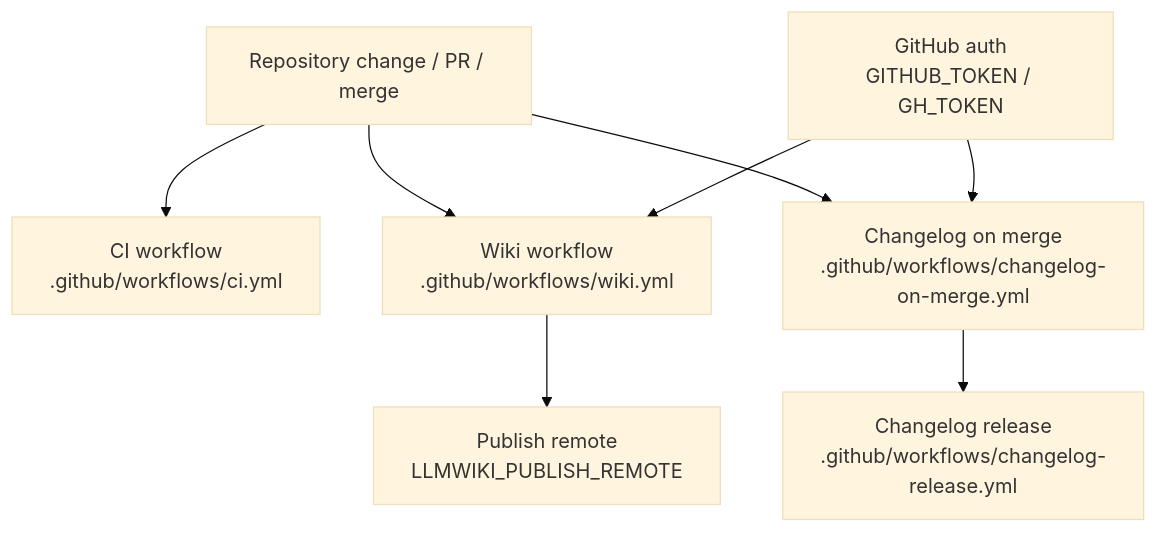
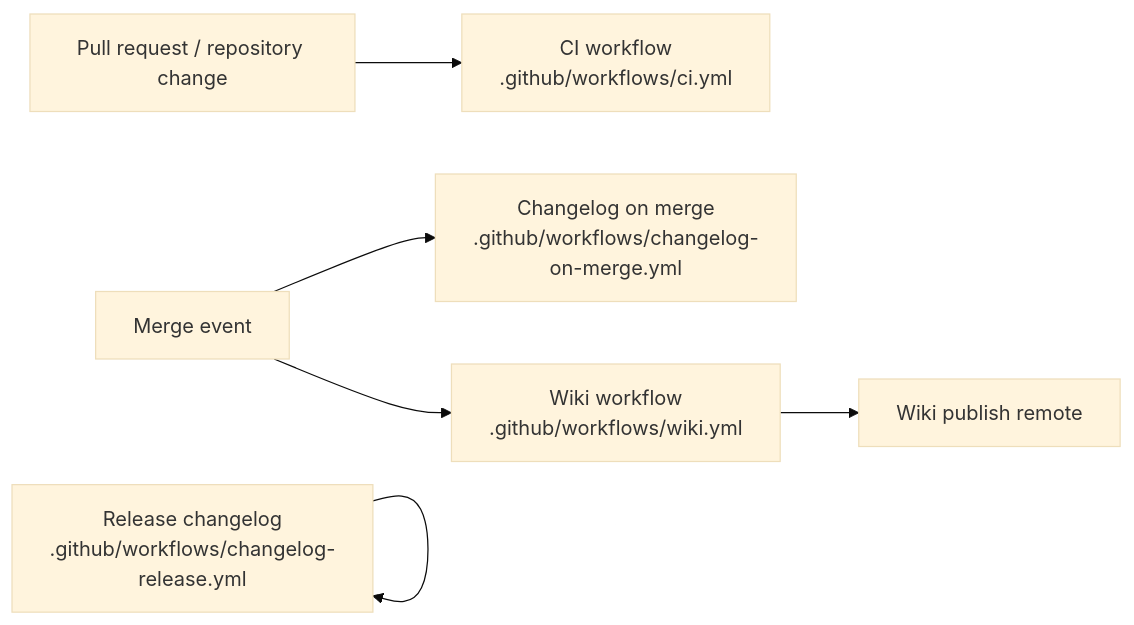
The fourth of 4 diagrams in Architecture.md (mfittko/repo-wiki), drawn with Mermaid (base theme) before and after one commit. The commit also changed other lines of this file and 45 other files, not shown here.

Commit message:
Compile repository wiki 2026-05-16T13:01:11.552Z

````diff
--- a/Architecture.md
+++ b/Architecture.md
@@ -272,18 +176,16 @@
 ```mermaid
-flowchart TD
-  Change["Repository change / PR / merge"]
-  CI["CI workflow<br/>.github/workflows/ci.yml"]
-  Wiki["Wiki workflow<br/>.github/workflows/wiki.yml"]
-  ChangelogMerge["Changelog on merge<br/>.github/workflows/changelog-on-merge.yml"]
-  ChangelogRelease["Changelog release<br/>.github/workflows/changelog-release.yml"]
-  WikiRemote["Publish remote<br/>LLMWIKI_PUBLISH_REMOTE"]
-  GitHubAuth["GitHub auth<br/>GITHUB_TOKEN / GH_TOKEN"]
+flowchart LR
+  PR["Pull request / repository change"]
+  CI["CI workflow\n.github/workflows/ci.yml"]
+  Merge["Merge event"]
+  Changelog["Changelog on merge\n.github/workflows/changelog-on-merge.yml"]
+  Release["Release changelog\n.github/workflows/changelog-release.yml"]
+  Wiki["Wiki workflow\n.github/workflows/wiki.yml"]
+  Publish["Wiki publish remote"]
 
-  Change --> CI
-  Change --> Wiki
-  Change --> ChangelogMerge
-  ChangelogMerge --> ChangelogRelease
-  GitHubAuth --> Wiki
-  GitHubAuth --> ChangelogMerge
-  Wiki --> WikiRemote
+  PR --> CI
+  Merge --> Changelog
+  Merge --> Wiki
+  Release --> Release
+  Wiki --> Publish
 ```
````
